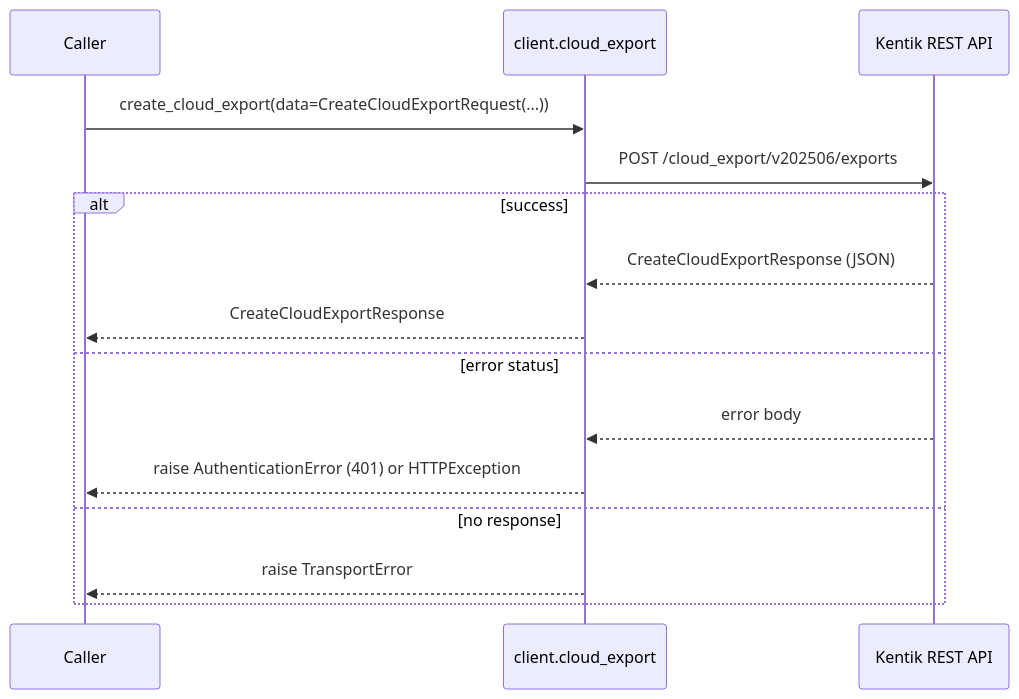
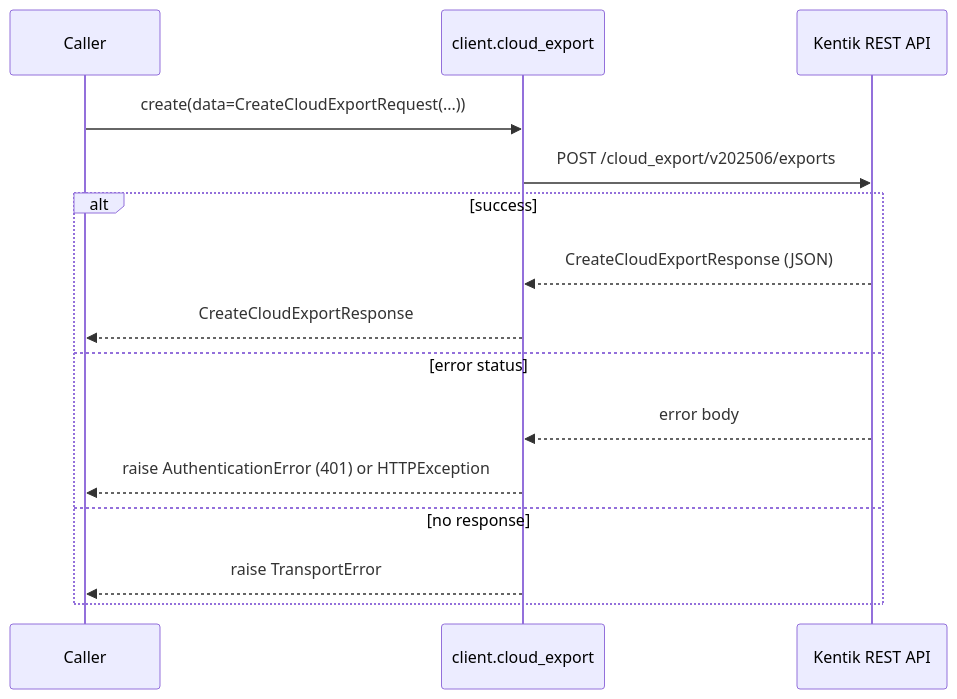
The fourth of 12 diagrams in docs/sphinx/services/cloud_export.md (alexdearaujo/community_sdk_python), drawn with Mermaid before and after one commit. The commit also changed other lines of this file and 119 other files, not shown here.

````diff
--- a/docs/sphinx/services/cloud_export.md
+++ b/docs/sphinx/services/cloud_export.md
@@ -106,18 +106,18 @@
 ```mermaid
 sequenceDiagram
     participant C as Caller
     participant W as client.cloud_export
     participant API as Kentik REST API
 
-    C->>W: create_cloud_export(data=CreateCloudExportRequest(...))
+    C->>W: create(data=CreateCloudExportRequest(...))
     W->>API: POST /cloud_export/v202506/exports
     alt success
         API-->>W: CreateCloudExportResponse (JSON)
         W-->>C: CreateCloudExportResponse
     else error status
         API-->>W: error body
         W-->>C: raise AuthenticationError (401) or HTTPException
     else no response
         W-->>C: raise TransportError
     end
 ```
````
